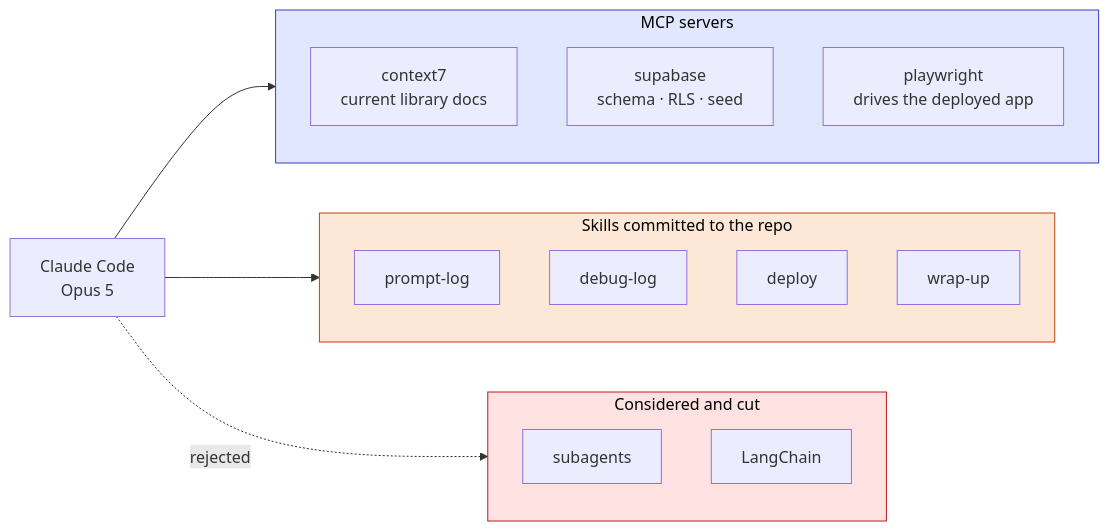
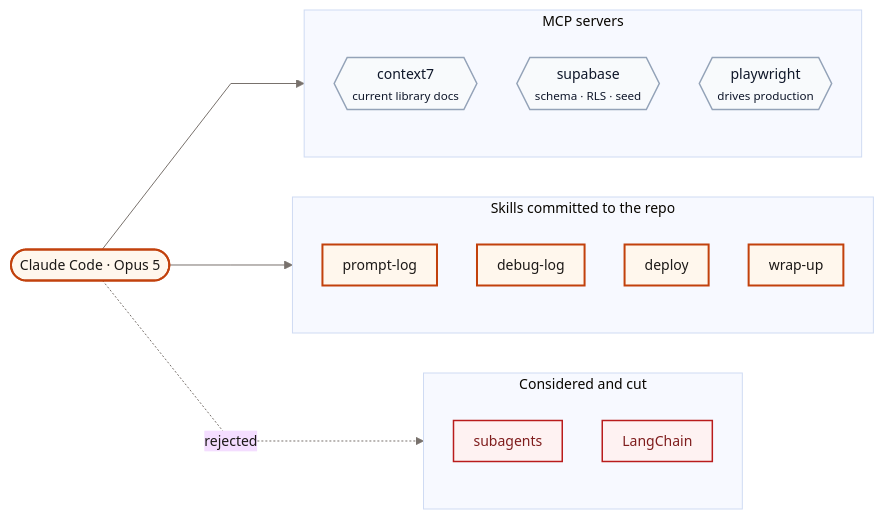
One commit to Rounak7721/ReForge changed the second of 5 diagrams in internal/notes/video-diagrams.md. Above: the diagram before and after it, drawn with Mermaid. The commit also changed other lines of this file and 5 other files, not shown here.

````diff
--- a/internal/notes/video-diagrams.md
+++ b/internal/notes/video-diagrams.md
@@ -65,30 +92,37 @@
 ```mermaid
+%%{init: {'theme':'base','themeVariables':{'fontFamily':'ui-sans-serif, system-ui, sans-serif','fontSize':'14px','lineColor':'#78716c','primaryTextColor':'#1c1917'},'flowchart':{'curve':'linear','nodeSpacing':40,'rankSpacing':70,'padding':10}}}%%
 flowchart LR
-    CC["Claude Code<br/>Opus 5"]
+    CC(["Claude Code · Opus 5"])
 
     subgraph MCP["MCP servers"]
-        C7["context7<br/>current library docs"]
-        SB["supabase<br/>schema · RLS · seed"]
-        PW["playwright<br/>drives the deployed app"]
+        direction TB
+        C7{{"context7<br/><small>current library docs</small>"}}
+        SB{{"supabase<br/><small>schema · RLS · seed</small>"}}
+        PW{{"playwright<br/><small>drives production</small>"}}
     end
 
     subgraph SK["Skills committed to the repo"]
+        direction TB
         PL["prompt-log"]
         DL["debug-log"]
         DP["deploy"]
         WU["wrap-up"]
     end
 
     subgraph NO["Considered and cut"]
+        direction TB
         NA["subagents"]
         NF["LangChain"]
     end
 
     CC --> MCP
     CC --> SK
-    CC -.rejected.-> NO
+    CC -.->|rejected| NO
 
-    style SK fill:#fde8d7,stroke:#c2410c,color:#000
-    style NO fill:#fee2e2,stroke:#b91c1c,color:#000
-    style MCP fill:#e0e7ff,stroke:#4338ca,color:#000
+    classDef core fill:#fff7ed,stroke:#c2410c,stroke-width:2px,color:#1c1917
+    classDef ext fill:#f8fafc,stroke:#94a3b8,stroke-width:1.5px,color:#0f172a
+    classDef bad fill:#fef2f2,stroke:#b91c1c,stroke-width:1.5px,color:#7f1d1d
+    class CC,PL,DL,DP,WU core
+    class C7,SB,PW ext
+    class NA,NF bad
 ```
````
